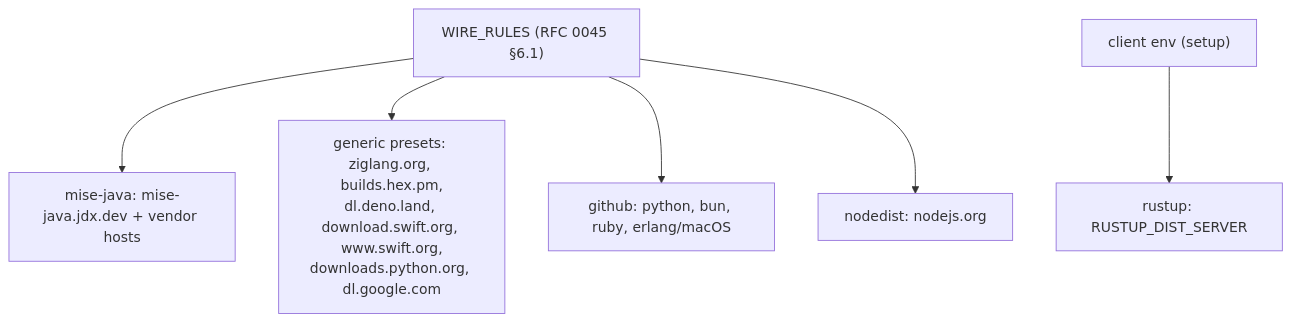
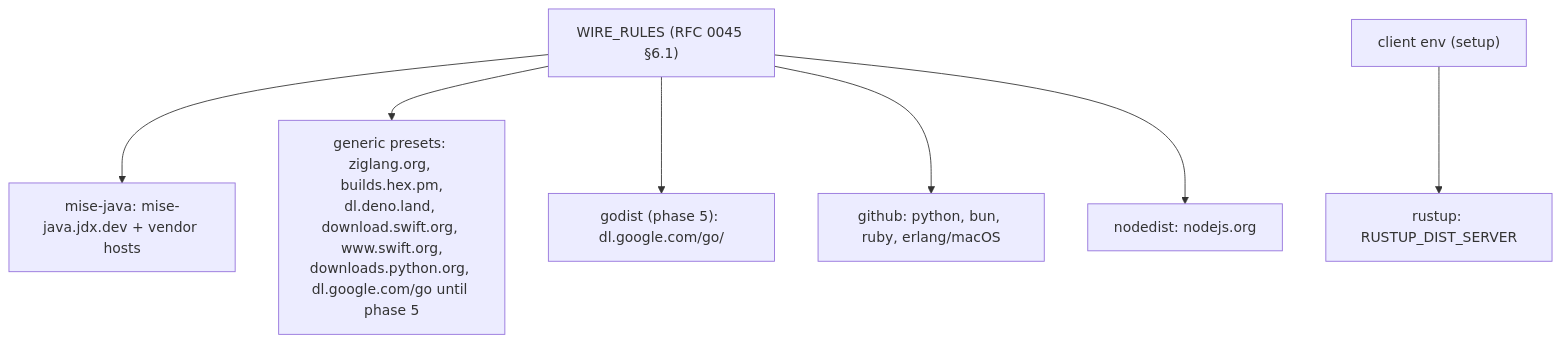
One commit to batlehub/batlehub changed the third of 4 diagrams in docs/rfc/0048-mise-core-toolchains.md. Above: the diagram before and after it, drawn with Mermaid. The commit also changed other lines of this file and 2 other files, not shown here.

````diff
--- a/docs/rfc/0048-mise-core-toolchains.md
+++ b/docs/rfc/0048-mise-core-toolchains.md
@@ -463,8 +546,9 @@
 ```mermaid
 graph TD
     W["WIRE_RULES (RFC 0045 §6.1)"] --> T1["mise-java: mise-java.jdx.dev + vendor hosts"]
-    W --> T2["generic presets: ziglang.org, builds.hex.pm,<br/>dl.deno.land, download.swift.org, www.swift.org,<br/>downloads.python.org, dl.google.com"]
+    W --> T2["generic presets: ziglang.org, builds.hex.pm,<br/>dl.deno.land, download.swift.org, www.swift.org,<br/>downloads.python.org, dl.google.com/go until phase 5"]
+    W --> T6["godist (phase 5): dl.google.com/go/"]
     W --> T3["github: python, bun, ruby, erlang/macOS"]
     W --> T4["nodedist: nodejs.org"]
     E["client env (setup)"] --> T5["rustup: RUSTUP_DIST_SERVER"]
 ```
````
